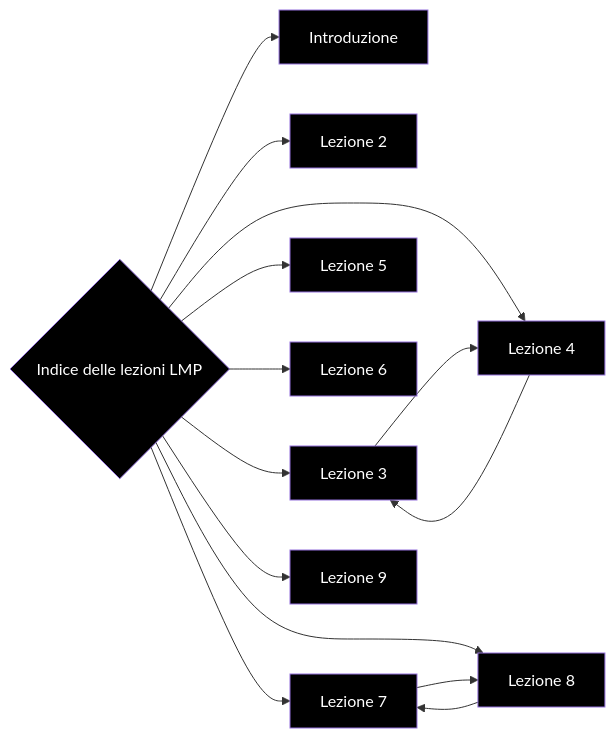
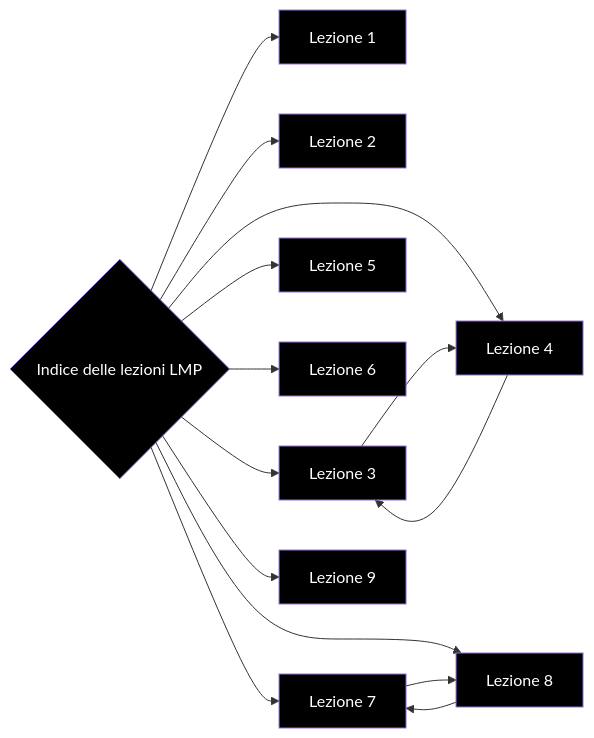
Before and after one commit to francosalvucci14/Appunti-II-anno: the diagram in Appunti ASD/MOD I/Indice degli appunti ASD.md, drawn with Mermaid. The commit also changed 1 other file, not shown here.

Commit message:
vault backup: 2022-11-16 11:38:02

````diff
--- a/Appunti ASD/MOD I/Indice degli appunti ASD.md
+++ b/Appunti ASD/MOD I/Indice degli appunti ASD.md
@@ -17,37 +17,37 @@
 ```mermaid
 graph LR
 	A{Indice delle lezioni LMP}
-	B[Introduzione]
+	B[Lezione 1]
 	C[Lezione 2]
 	D[Lezione 3]
 	E[Lezione 4]
 	F[Lezione 5]
 	G[Lezione 6]
 	H[Lezione 7]
 	I[Lezione 8]
 	J[Lezione 9]
 
 	style A fill:black, color:#fff
 	style B fill:black, color:#fff
 	style C fill:black, color:#fff
 	style D fill:black, color:#fff
 	style E fill:black, color:#fff
 	style F fill:black, color:#fff
 	style G fill:black, color:#fff
 	style H fill:black, color:#fff
 	style I fill:black, color:#fff
 	style J fill:black, color:#fff
 	A-->B
 	A-->C
 	A-->D
 	A-->E
 	A-->F
 	A-->G
 	A-->H
 	A-->I
 	A-->J
 	H-->I
 	I-->H
 	D-->E
 	E-->D
 ```
````
